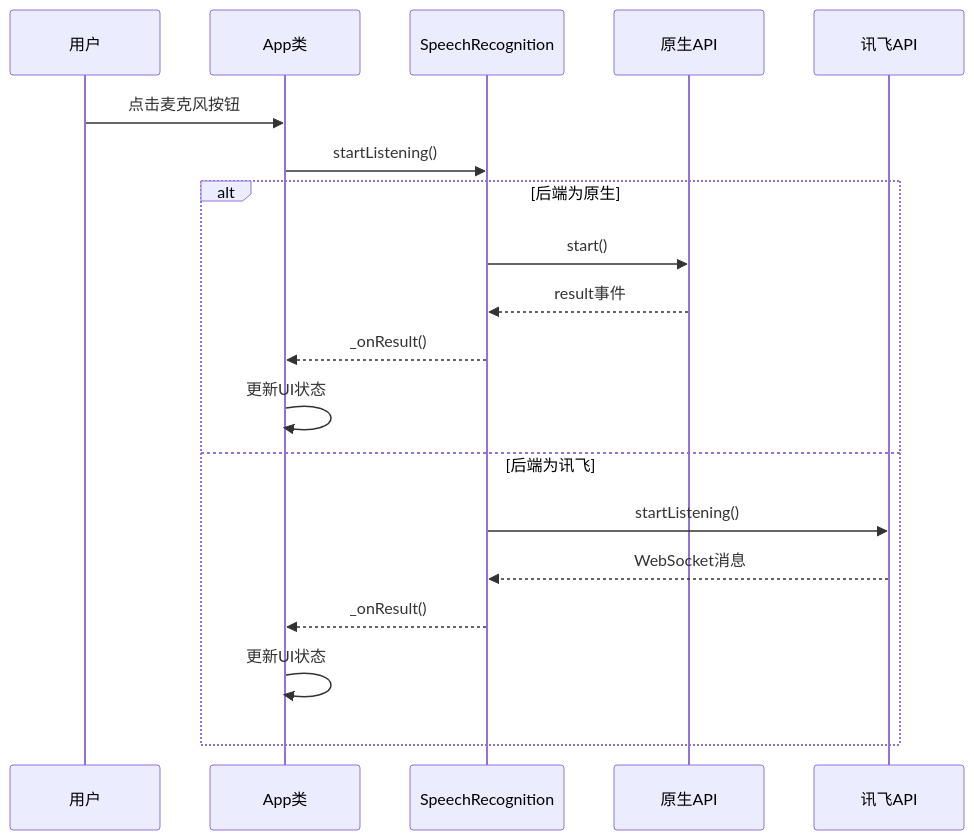
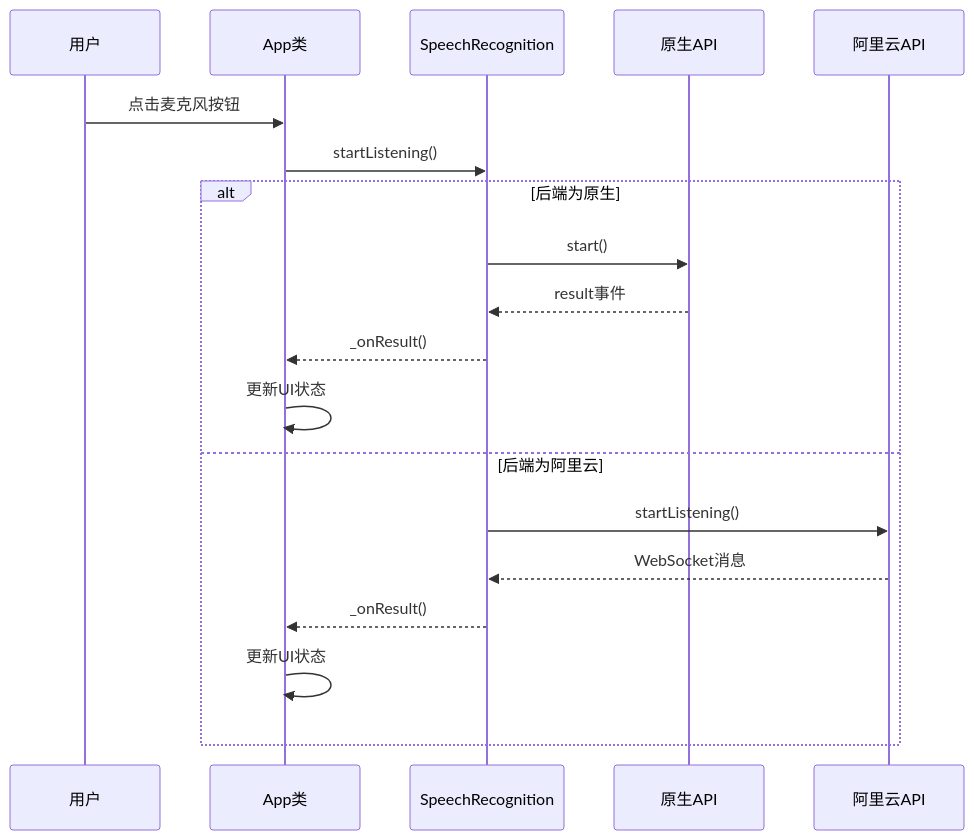
One commit to db300/MySpeechRecognition changed the third of 8 diagrams in .qoder/repowiki/zh/content/故障排除指南/界面交互问题.md. Above: the diagram before and after it, drawn with Mermaid. The commit also changed other lines of this file and 15 other files, not shown here.

````diff
--- a/.qoder/repowiki/zh/content/故障排除指南/界面交互问题.md
+++ b/.qoder/repowiki/zh/content/故障排除指南/界面交互问题.md
@@ -138,21 +148,21 @@
 ```mermaid
 sequenceDiagram
 participant User as 用户
 participant App as App类
 participant Speech as SpeechRecognition
 participant Native as 原生API
-participant Xfyun as 讯飞API
+participant Aliyun as 阿里云API
 User->>App : 点击麦克风按钮
 App->>Speech : startListening()
 alt 后端为原生
 Speech->>Native : start()
 Native-->>Speech : result事件
 Speech-->>App : _onResult()
 App->>App : 更新UI状态
-else 后端为讯飞
-Speech->>Xfyun : startListening()
-Xfyun-->>Speech : WebSocket消息
+else 后端为阿里云
+Speech->>Aliyun : startListening()
+Aliyun-->>Speech : WebSocket消息
 Speech-->>App : _onResult()
 App->>App : 更新UI状态
 end
 ```
````
